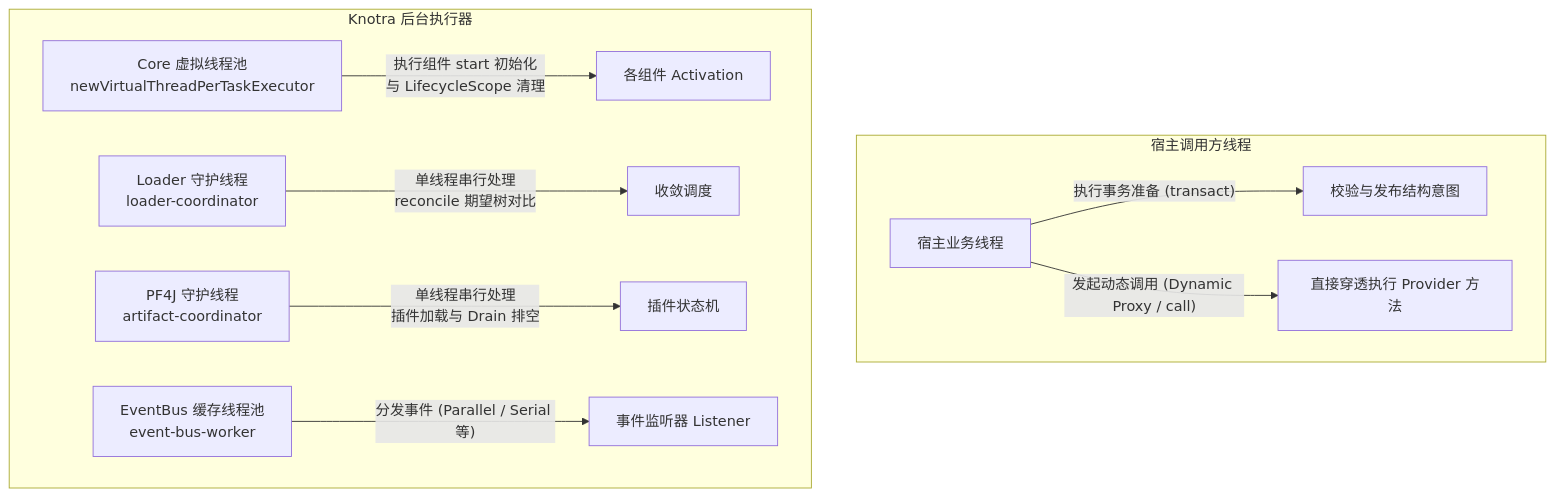
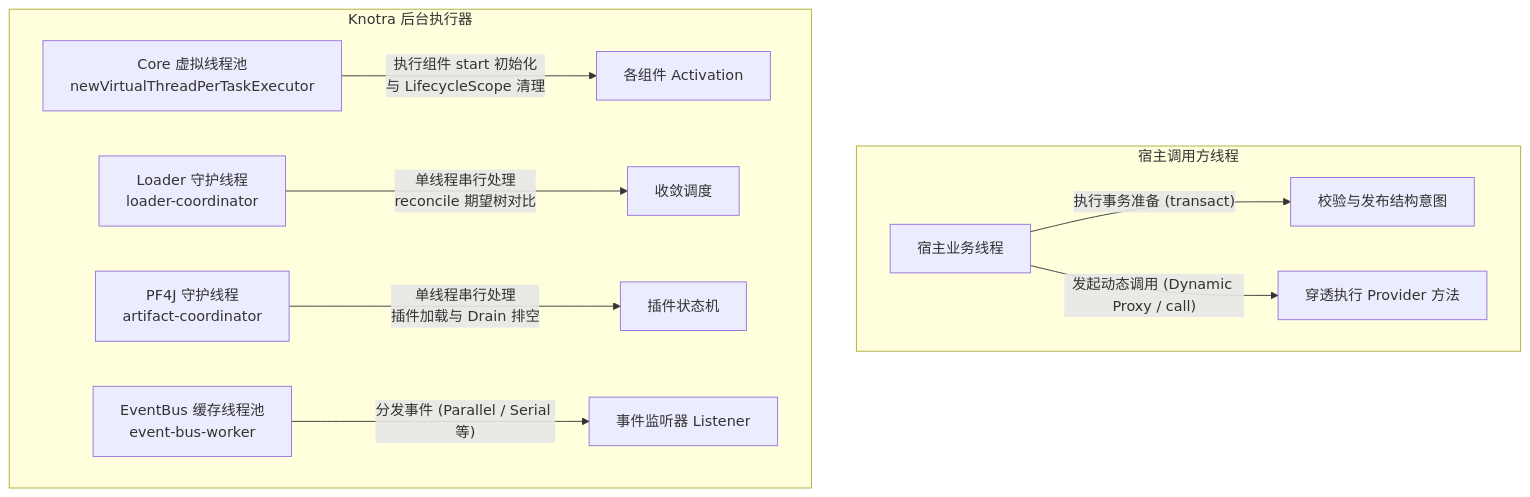
The first of 2 diagrams in docs/Knotra 线程模型与生产实践.md (fjay/knotra), drawn with Mermaid before and after one commit. The commit also changed other lines of this file and 7 other files, not shown here.

````diff
--- a/docs/Knotra 线程模型与生产实践.md
+++ b/docs/Knotra 线程模型与生产实践.md
@@ -11,14 +11,14 @@
 ```mermaid
 graph TD
     subgraph caller_threads ["宿主调用方线程"]
         HT["宿主业务线程"] -->|"执行事务准备 (transact)"| TR["校验与发布结构意图"]
-        HT -->|"发起动态调用 (Dynamic Proxy / call)"| DP["直接穿透执行 Provider 方法"]
+        HT -->|"发起动态调用 (Dynamic Proxy / call)"| DP["穿透执行 Provider 方法"]
     end
 
     subgraph knotra_executors ["Knotra 后台执行器"]
         VT["Core 虚拟线程池<br/>newVirtualThreadPerTaskExecutor"] -->|"执行组件 start 初始化<br/>与 LifecycleScope 清理"| ACT["各组件 Activation"]
         LC["Loader 守护线程<br/>loader-coordinator"] -->|"单线程串行处理<br/>reconcile 期望树对比"| RE["收敛调度"]
         PF["PF4J 守护线程<br/>artifact-coordinator"] -->|"单线程串行处理<br/>插件加载与 Drain 排空"| PL["插件状态机"]
         EB["EventBus 缓存线程池<br/>event-bus-worker"] -->|"分发事件 (Parallel / Serial 等)"| EV["事件监听器 Listener"]
     end
 ```
````
